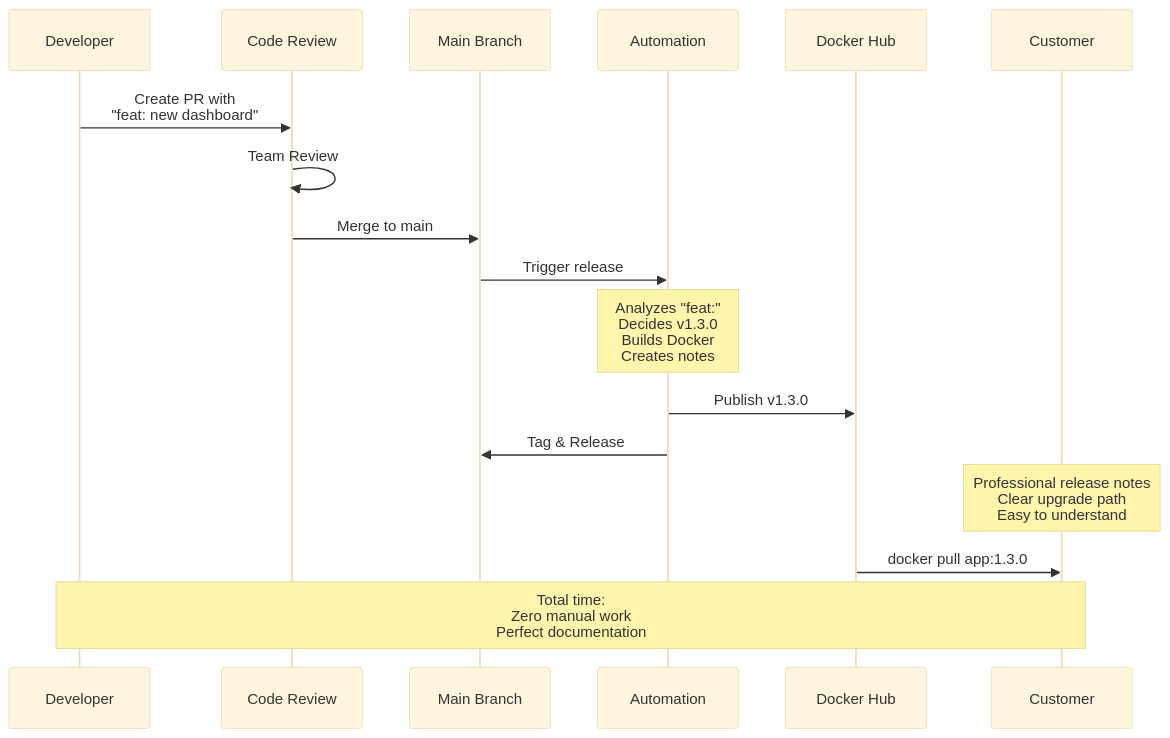
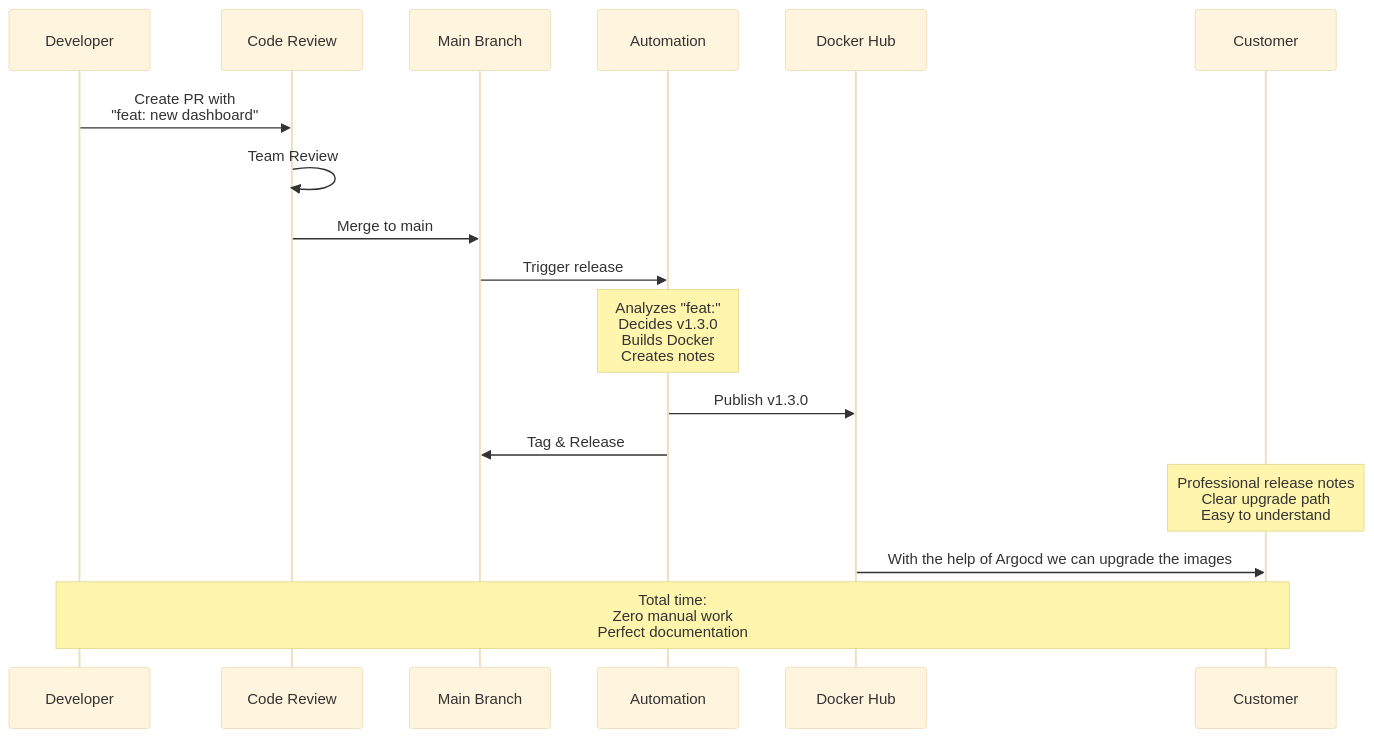
The fourth of 5 diagrams in README.md (jyothiram-fixplianceai/Doc-SemVer), drawn with Mermaid (base theme) before and after one commit.

````diff
--- a/README.md
+++ b/README.md
@@ -116,26 +116,26 @@
 ```mermaid
 sequenceDiagram
     participant Dev as Developer
     participant Code as Code Review
     participant Main as Main Branch
     participant Auto as Automation
     participant Docker as Docker Hub
     participant Cust as Customer
     
     Dev->>Code: Create PR with<br/>"feat: new dashboard"
     Code->>Code: Team Review
     Code->>Main: Merge to main
     
     Main->>Auto: Trigger release
     
     Note over Auto: Analyzes "feat:"<br/>Decides v1.3.0<br/>Builds Docker<br/>Creates notes
     
     Auto->>Docker: Publish v1.3.0
     Auto->>Main: Tag & Release
     
     Note over Cust: Professional release notes<br/>Clear upgrade path<br/>Easy to understand
     
-    Docker->>Cust: docker pull app:1.3.0
+    Docker->>Cust: With the help of Argocd we can upgrade the images
     
     Note over Dev,Cust: Total time: <br/>Zero manual work<br/>Perfect documentation
 ```
````
